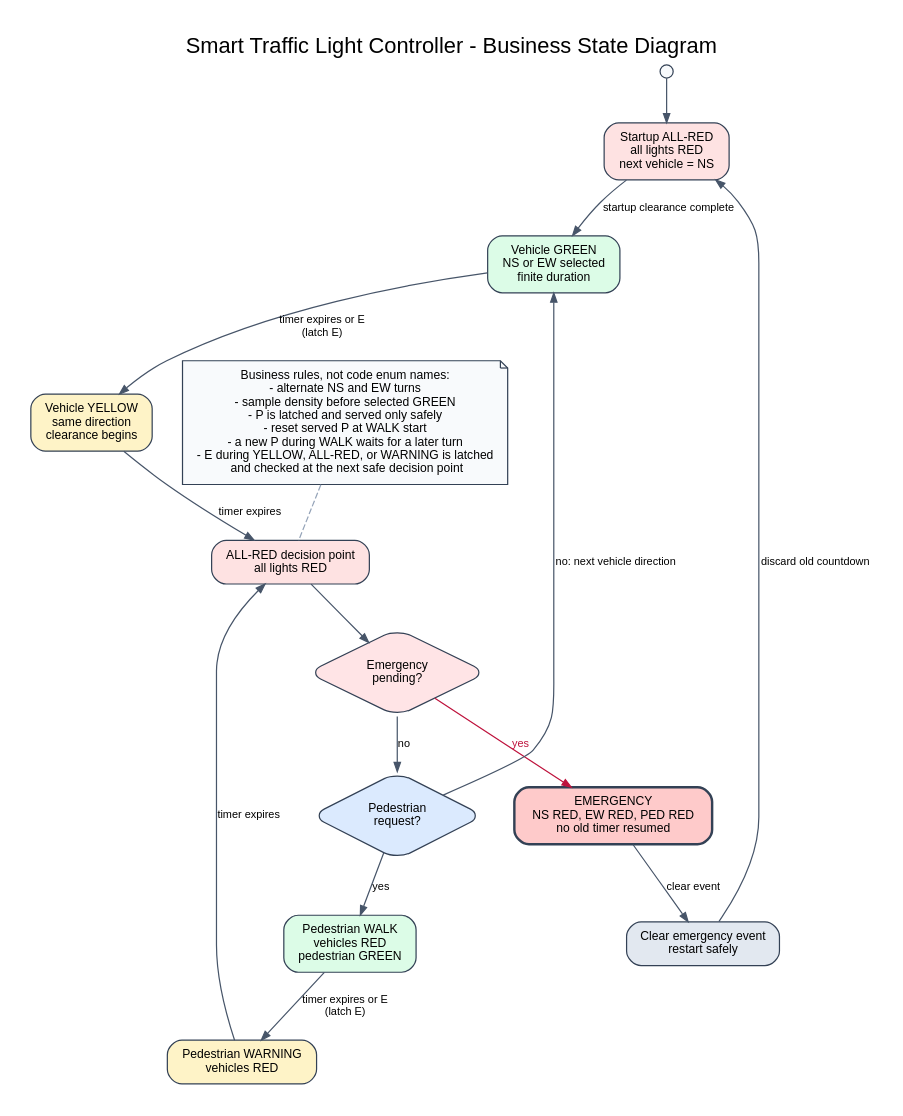
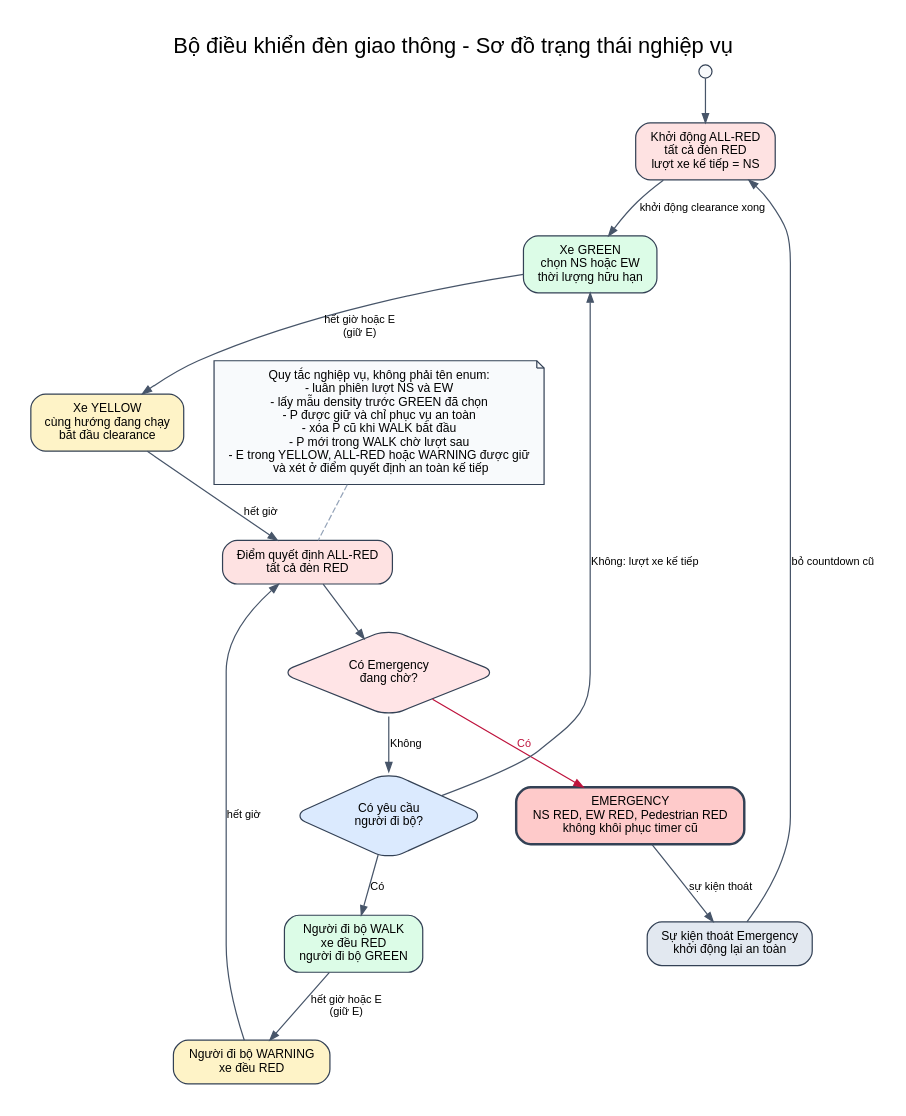
One commit to levanminh04/CPP_Embedded_Software_Simulation changed the diagram in docs/State_Diagram.dot. Above: the diagram before and after it, drawn with Graphviz. The commit also changed 4 other files, not shown here.

Commit message:
docs: translate requirements and diagrams to vietnamese

```diff
--- a/docs/State_Diagram.dot
+++ b/docs/State_Diagram.dot
@@ -1,34 +1,33 @@
-digraph SmartTrafficStateDiagram {
-  graph [rankdir=TB, bgcolor="white", pad="0.25", nodesep="0.35", ranksep="0.50", labelloc="t", label="Smart Traffic Light Controller - Business State Diagram", fontname="Arial", fontsize=18];
+digraph SoDoTrangThaiDenGiaoThong {
+  graph [rankdir=TB, bgcolor="white", pad="0.25", nodesep="0.35", ranksep="0.50", labelloc="t", label="Bộ điều khiển đèn giao thông - Sơ đồ trạng thái nghiệp vụ", fontname="Arial", fontsize=18];
   node [shape=box, style="rounded,filled", fontname="Arial", fontsize=10, color="#334155", fillcolor="#F8FAFC", margin="0.16,0.10"];
   edge [fontname="Arial", fontsize=9, color="#475569", arrowsize=0.75];
 
   start [shape=point, width=0.15, label=""];
-  startup [label="Startup ALL-RED\nall lights RED\nnext vehicle = NS", fillcolor="#FEE2E2"];
-  green [label="Vehicle GREEN\nNS or EW selected\nfinite duration", fillcolor="#DCFCE7"];
-  yellow [label="Vehicle YELLOW\nsame direction\nclearance begins", fillcolor="#FEF3C7"];
-  allred [label="ALL-RED decision point\nall lights RED", fillcolor="#FEE2E2"];
-  emergencyDecision [shape=diamond, label="Emergency\npending?", fillcolor="#FFE4E6"];
-  pedestrianDecision [shape=diamond, label="Pedestrian\nrequest?", fillcolor="#DBEAFE"];
-  walk [label="Pedestrian WALK\nvehicles RED\npedestrian GREEN", fillcolor="#DCFCE7"];
-  warning [label="Pedestrian WARNING\nvehicles RED", fillcolor="#FEF3C7"];
-  emergency [label="EMERGENCY\nNS RED, EW RED, PED RED\nno old timer resumed", fillcolor="#FECACA", penwidth=2];
-  clear [label="Clear emergency event\nrestart safely", fillcolor="#E2E8F0"];
-  note [shape=note, label="Business rules, not code enum names:\n- alternate NS and EW turns\n- sample density before selected GREEN\n- P is latched and served only safely\n- reset served P at WALK start\n- a new P during WALK waits for a later turn\n- E during YELLOW, ALL-RED, or WARNING is latched\n  and checked at the next safe decision point", fillcolor="#F8FAFC"];
+  startup [label="Khởi động ALL-RED\ntất cả đèn RED\nlượt xe kế tiếp = NS", fillcolor="#FEE2E2"];
+  green [label="Xe GREEN\nchọn NS hoặc EW\nthời lượng hữu hạn", fillcolor="#DCFCE7"];
+  yellow [label="Xe YELLOW\ncùng hướng đang chạy\nbắt đầu clearance", fillcolor="#FEF3C7"];
+  allred [label="Điểm quyết định ALL-RED\ntất cả đèn RED", fillcolor="#FEE2E2"];
+  emergencyDecision [shape=diamond, label="Có Emergency\nđang chờ?", fillcolor="#FFE4E6"];
+  pedestrianDecision [shape=diamond, label="Có yêu cầu\nngười đi bộ?", fillcolor="#DBEAFE"];
+  walk [label="Người đi bộ WALK\nxe đều RED\nngười đi bộ GREEN", fillcolor="#DCFCE7"];
+  warning [label="Người đi bộ WARNING\nxe đều RED", fillcolor="#FEF3C7"];
+  emergency [label="EMERGENCY\nNS RED, EW RED, Pedestrian RED\nkhông khôi phục timer cũ", fillcolor="#FECACA", penwidth=2];
+  clear [label="Sự kiện thoát Emergency\nkhởi động lại an toàn", fillcolor="#E2E8F0"];
+  note [shape=note, label="Quy tắc nghiệp vụ, không phải tên enum:\n- luân phiên lượt NS và EW\n- lấy mẫu density trước GREEN đã chọn\n- P được giữ và chỉ phục vụ an toàn\n- xóa P cũ khi WALK bắt đầu\n- P mới trong WALK chờ lượt sau\n- E trong YELLOW, ALL-RED hoặc WARNING được giữ\n  và xét ở điểm quyết định an toàn kế tiếp", fillcolor="#F8FAFC"];
 
   start -> startup;
-  startup -> green [label="startup clearance complete"];
-  green -> yellow [label="timer expires or E\n(latch E)"];
-  yellow -> allred [label="timer expires"];
+  startup -> green [label="khởi động clearance xong"];
+  green -> yellow [label="hết giờ hoặc E\n(giữ E)"];
+  yellow -> allred [label="hết giờ"];
   allred -> emergencyDecision;
-  emergencyDecision -> emergency [label="yes", color="#BE123C", fontcolor="#BE123C"];
-  emergencyDecision -> pedestrianDecision [label="no"];
-  pedestrianDecision -> walk [label="yes"];
-  pedestrianDecision -> green [label="no: next vehicle direction"];
-  walk -> warning [label="timer expires or E\n(latch E)"];
-  warning -> allred [label="timer expires"];
-  emergency -> clear [label="clear event"];
-  clear -> startup [label="discard old countdown"];
-
+  emergencyDecision -> emergency [label="Có", color="#BE123C", fontcolor="#BE123C"];
+  emergencyDecision -> pedestrianDecision [label="Không"];
+  pedestrianDecision -> walk [label="Có"];
+  pedestrianDecision -> green [label="Không: lượt xe kế tiếp"];
+  walk -> warning [label="hết giờ hoặc E\n(giữ E)"];
+  warning -> allred [label="hết giờ"];
+  emergency -> clear [label="sự kiện thoát"];
+  clear -> startup [label="bỏ countdown cũ"];
   note -> allred [style=dashed, arrowhead=none, color="#94A3B8"];
 }
```
